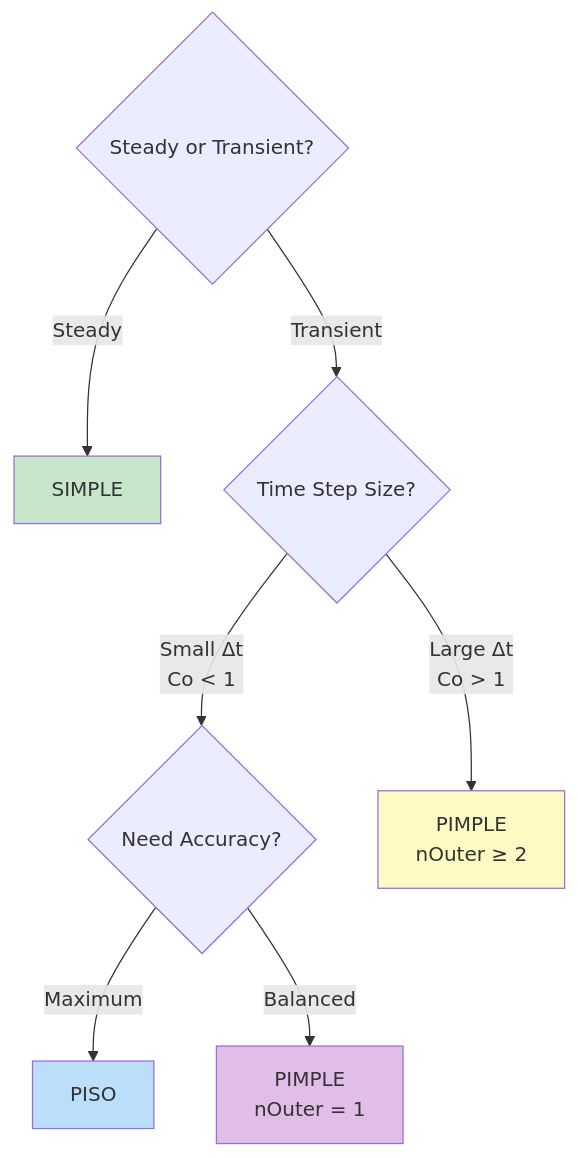
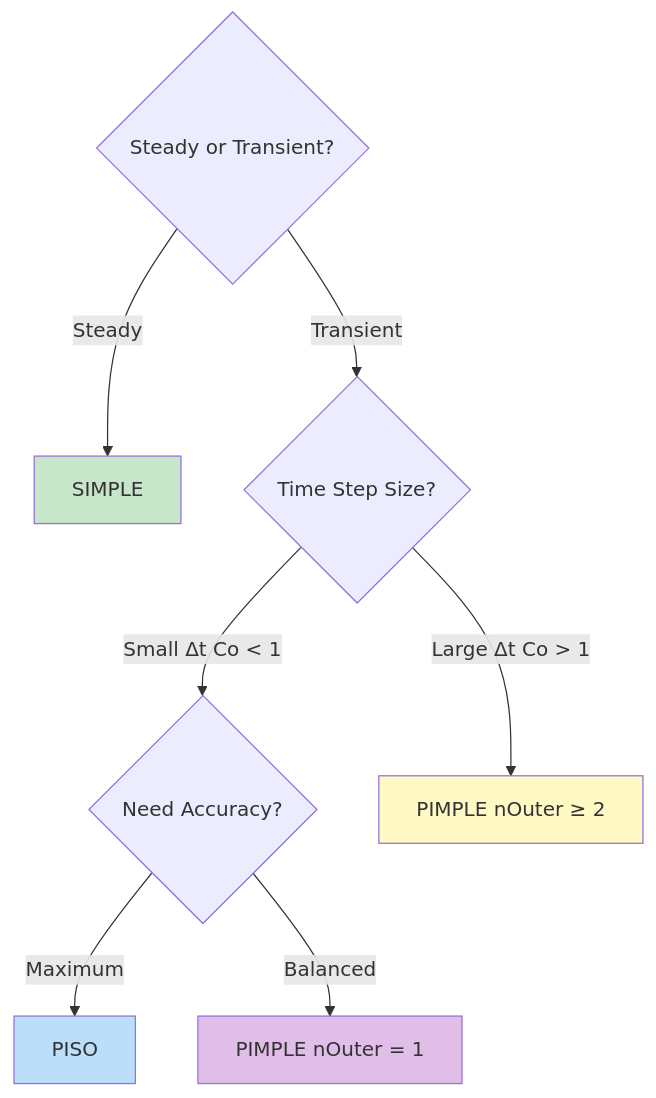
Before and after one commit to wramet/build-my-cfd: the second of 5 diagrams in MODULE_01_CFD_FUNDAMENTALS/CONTENT/01_GOVERNING_EQUATIONS/05_OpenFOAM_Implementation.md, drawn with Mermaid. The commit also changed other lines of this file and 203 other files, not shown here.

````diff
--- a/MODULE_01_CFD_FUNDAMENTALS/CONTENT/01_GOVERNING_EQUATIONS/05_OpenFOAM_Implementation.md
+++ b/MODULE_01_CFD_FUNDAMENTALS/CONTENT/01_GOVERNING_EQUATIONS/05_OpenFOAM_Implementation.md
@@ -309,16 +223,16 @@
 ```mermaid
 graph TD
     A{Steady or Transient?} -->|Steady| B[SIMPLE]
     A -->|Transient| C{Time Step Size?}
-
-    C -->|Small Δt<br/>Co < 1| D{Need Accuracy?}
-    C -->|Large Δt<br/>Co > 1| E[PIMPLE<br/>nOuter ≥ 2]
-
+    
+    C -->|Small Δt Co < 1| D{Need Accuracy?}
+    C -->|Large Δt Co > 1| E[PIMPLE nOuter ≥ 2]
+    
     D -->|Maximum| F[PISO]
-    D -->|Balanced| G[PIMPLE<br/>nOuter = 1]
-
+    D -->|Balanced| G[PIMPLE nOuter = 1]
+    
     style B fill:#c8e6c9
     style E fill:#fff9c4
     style F fill:#bbdefb
     style G fill:#e1bee7
 ```
````
